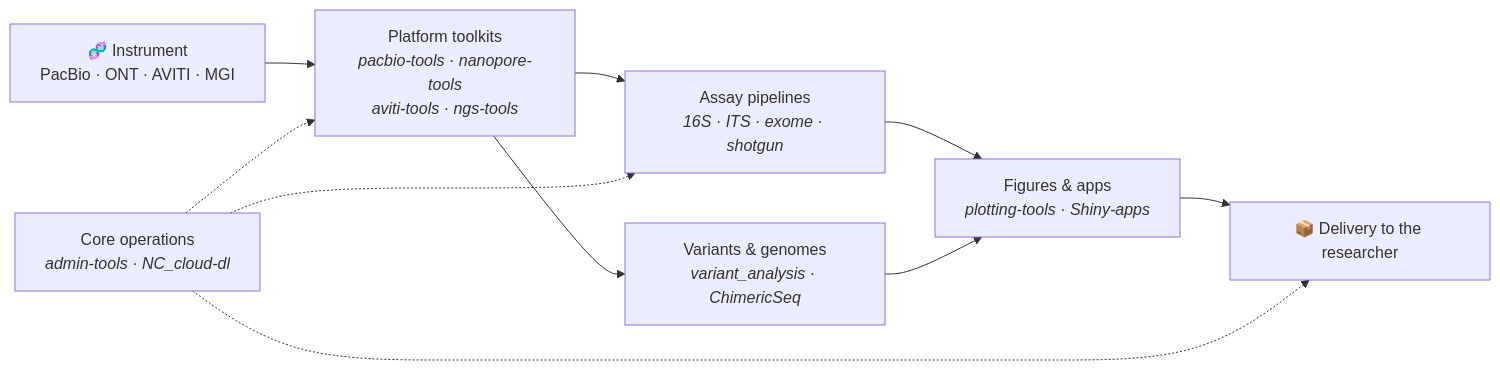
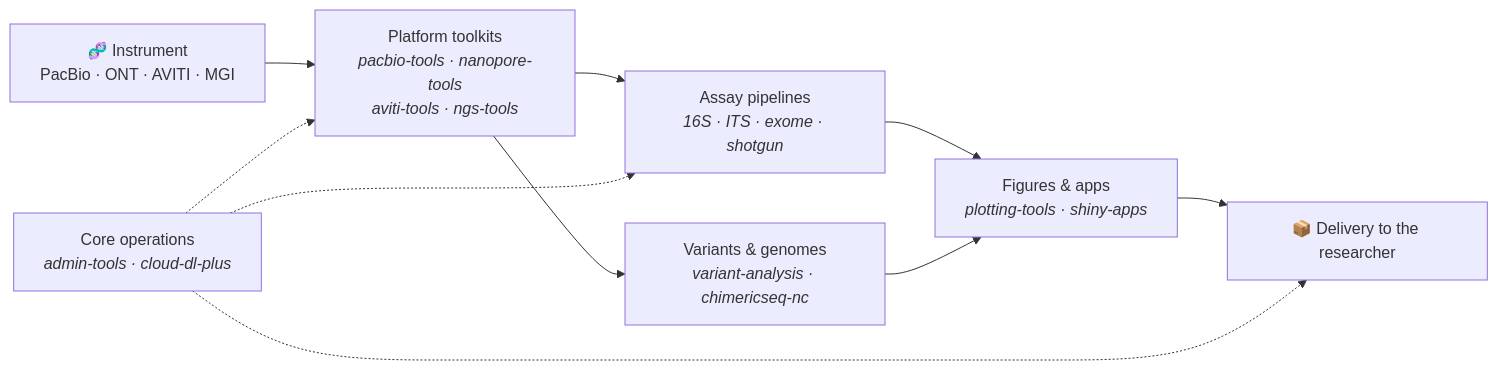
The diagram in profile/README.md (Nucleomics-VIB/.github), drawn with Mermaid before and after one commit. The commit also changed other lines of this file and 6 other files, not shown here.

````diff
--- a/profile/README.md
+++ b/profile/README.md
@@ -37,15 +37,15 @@
 ```mermaid
 flowchart LR
   I["🧬 Instrument<br/>PacBio · ONT · AVITI · MGI"]
   P["Platform toolkits<br/><i>pacbio-tools · nanopore-tools<br/>aviti-tools · ngs-tools</i>"]
   A["Assay pipelines<br/><i>16S · ITS · exome · shotgun</i>"]
-  V["Variants & genomes<br/><i>variant_analysis · ChimericSeq</i>"]
-  R["Figures & apps<br/><i>plotting-tools · Shiny-apps</i>"]
+  V["Variants & genomes<br/><i>variant-analysis · chimericseq-nc</i>"]
+  R["Figures & apps<br/><i>plotting-tools · shiny-apps</i>"]
   D["📦 Delivery to the researcher"]
 
   I --> P --> A --> R --> D
   P --> V --> R
-  O["Core operations<br/><i>admin-tools · NC_cloud-dl</i>"] -.-> P
+  O["Core operations<br/><i>admin-tools · cloud-dl-plus</i>"] -.-> P
   O -.-> A
   O -.-> D
 ```
````
